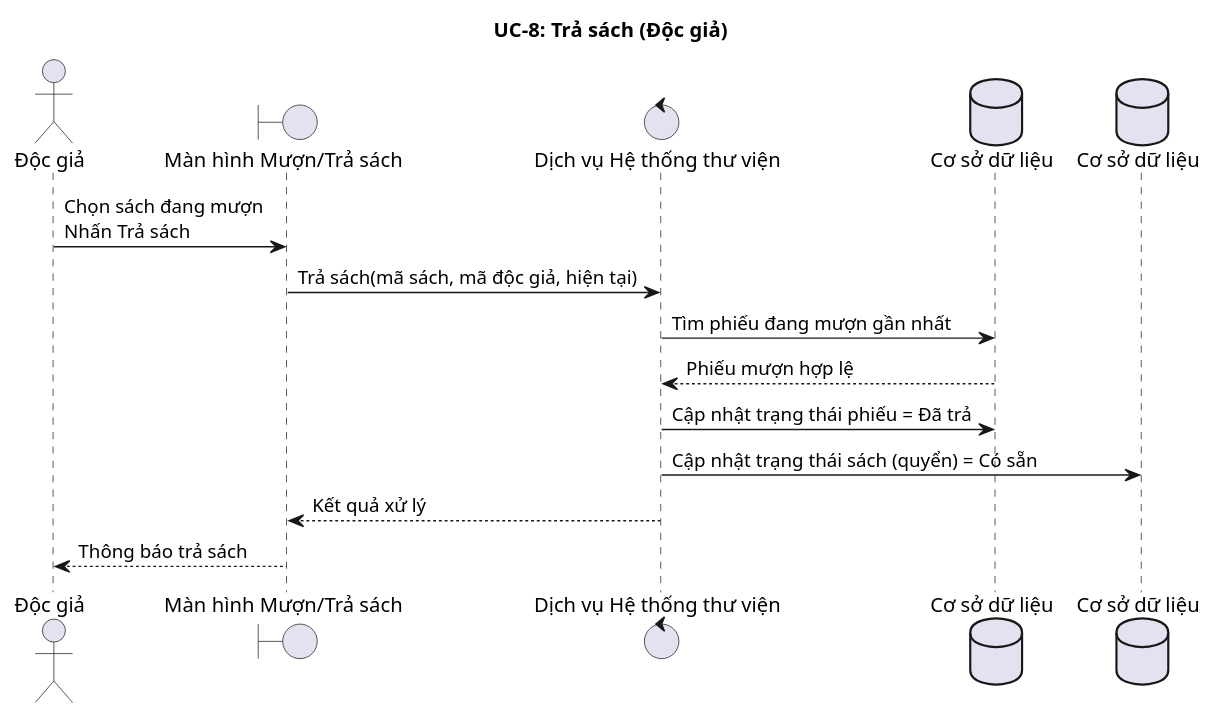
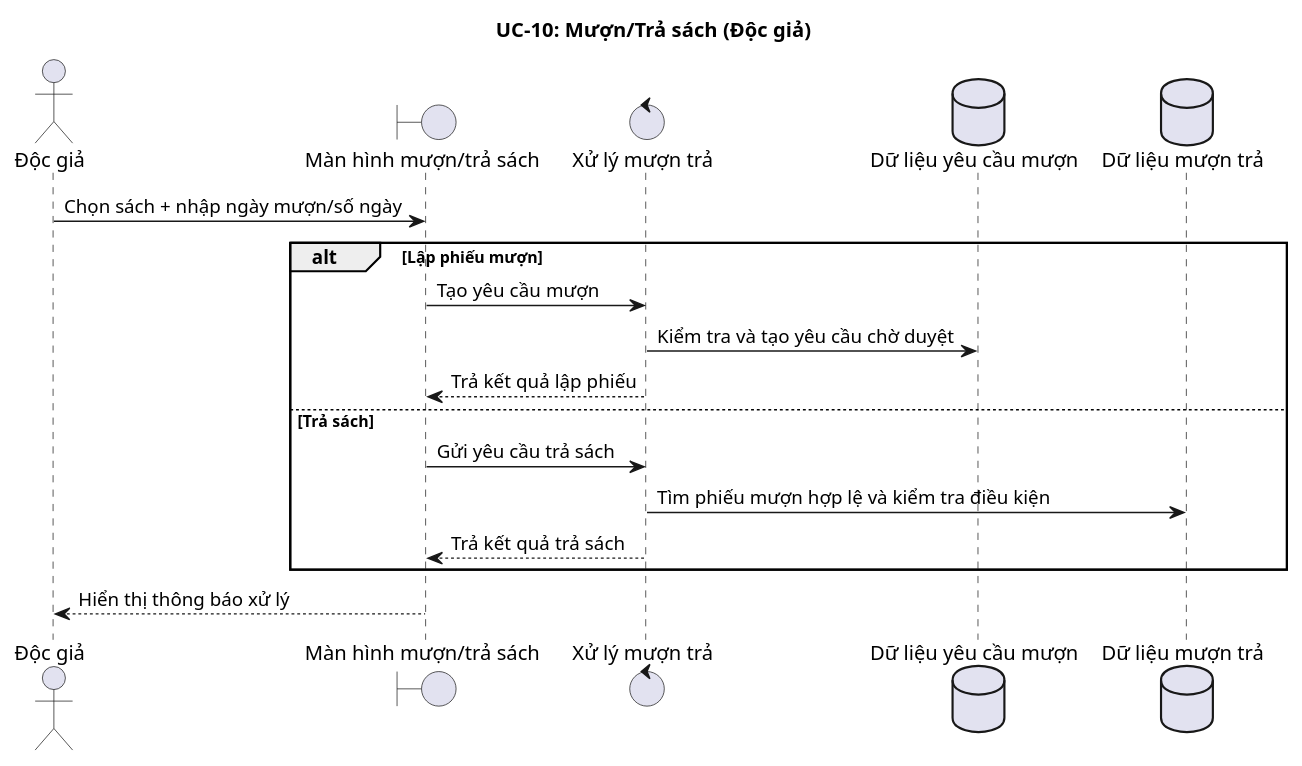
Before and after one commit to TienDungwork/Nhom3_PTTK-HTTT: the tenth of 14 diagrams in docs/SEQUENCE_UC_DA_LAM.md, drawn with PlantUML. The commit also changed other lines of this file and 22 other files, not shown here.

````diff
--- a/docs/SEQUENCE_UC_DA_LAM.md
+++ b/docs/SEQUENCE_UC_DA_LAM.md
@@ -204,20 +265,25 @@
 ```puml
 @startuml
-title UC-8: Trả sách (Độc giả)
+title UC-10: Mượn/Trả sách (Độc giả)
 
 actor DocGia as "Độc giả"
-boundary ReturnUI as "Màn hình Mượn/Trả sách"
-control ReturnService as "Dịch vụ Hệ thống thư viện"
-database BorrowDB as "Cơ sở dữ liệu"
-database BookCopyDB as "Cơ sở dữ liệu"
+boundary ManHinhMuonTra as "Màn hình mượn/trả sách"
+control XuLyMuonTra as "Xử lý mượn trả"
+database DuLieuYeuCau as "Dữ liệu yêu cầu mượn"
+database DuLieuMuonTra as "Dữ liệu mượn trả"
 
-DocGia -> ReturnUI: Chọn sách đang mượn\nNhấn Trả sách
-ReturnUI -> ReturnService: Trả sách(mã sách, mã độc giả, hiện tại)
-ReturnService -> BorrowDB: Tìm phiếu đang mượn gần nhất
-BorrowDB --> ReturnService: Phiếu mượn hợp lệ
-ReturnService -> BorrowDB: Cập nhật trạng thái phiếu = Đã trả
-ReturnService -> BookCopyDB: Cập nhật trạng thái sách (quyển) = Có sẵn
-ReturnService --> ReturnUI: Kết quả xử lý
-ReturnUI --> DocGia: Thông báo trả sách
+DocGia -> ManHinhMuonTra: Chọn sách + nhập ngày mượn/số ngày
+
+alt Lập phiếu mượn
+  ManHinhMuonTra -> XuLyMuonTra: Tạo yêu cầu mượn
+  XuLyMuonTra -> DuLieuYeuCau: Kiểm tra và tạo yêu cầu chờ duyệt
+  XuLyMuonTra --> ManHinhMuonTra: Trả kết quả lập phiếu
+else Trả sách
+  ManHinhMuonTra -> XuLyMuonTra: Gửi yêu cầu trả sách
+  XuLyMuonTra -> DuLieuMuonTra: Tìm phiếu mượn hợp lệ và kiểm tra điều kiện
+  XuLyMuonTra --> ManHinhMuonTra: Trả kết quả trả sách
+end
+
+ManHinhMuonTra --> DocGia: Hiển thị thông báo xử lý
 @enduml
 ```
````
